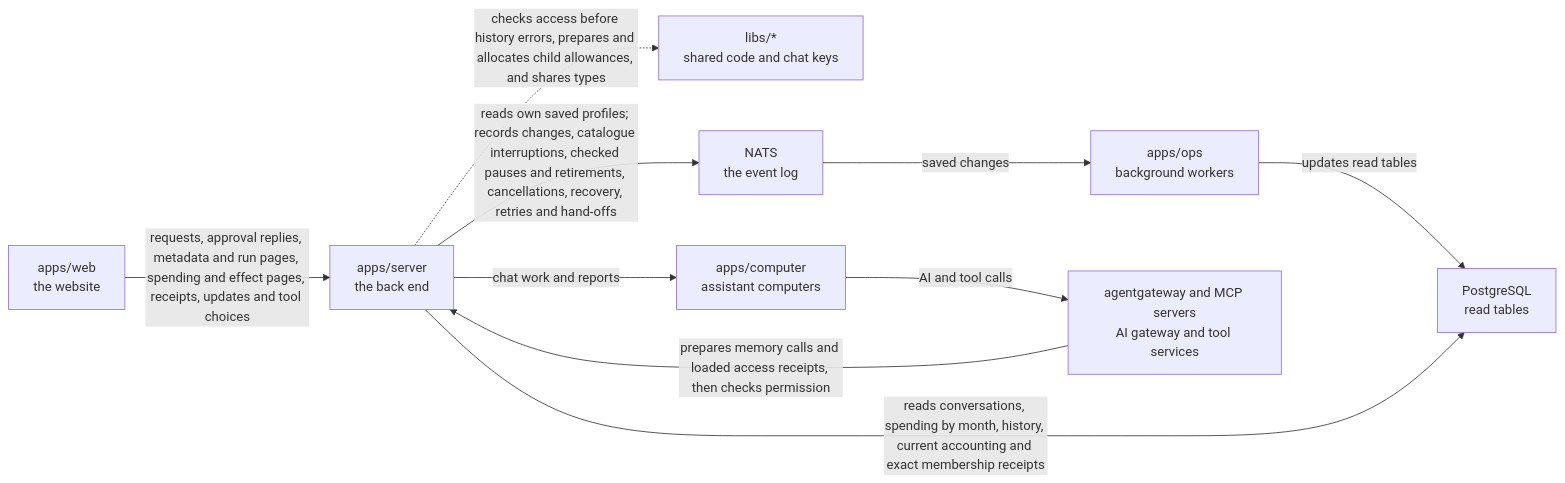
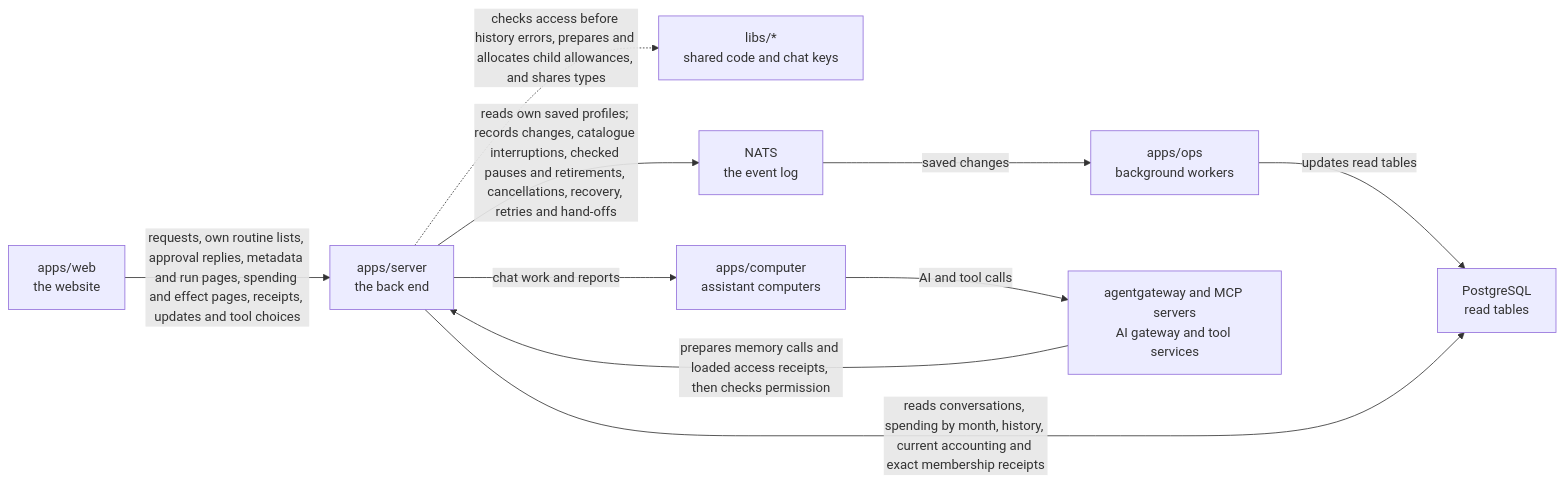
Before and after one commit to elewa-git/opencrane-new: the diagram in apps/server/README.md, drawn with Mermaid. The commit also changed other lines of this file and 8 other files, not shown here.

Commit message:
📖 Read bounded pages of your own routines

````diff
--- a/apps/server/README.md
+++ b/apps/server/README.md
@@ -61,12 +61,12 @@
 ```mermaid
 flowchart LR
-  web["apps/web<br/>the website"] -->|requests, approval replies, metadata and run pages, spending and effect pages, receipts, updates and tool choices| server["apps/server<br/>the back end"]
+  web["apps/web<br/>the website"] -->|requests, own routine lists, approval replies, metadata and run pages, spending and effect pages, receipts, updates and tool choices| server["apps/server<br/>the back end"]
   server -.->|checks access before history errors, prepares and allocates child allowances, and shares types| libs["libs/*<br/>shared code and chat keys"]
   server -->|reads own saved profiles; records changes, catalogue interruptions, checked pauses and retirements, cancellations, recovery, retries and hand-offs| nats["NATS<br/>the event log"]
   nats -->|saved changes| ops["apps/ops<br/>background workers"]
   ops -->|updates read tables| postgres["PostgreSQL<br/>read tables"]
   server -->|reads conversations, spending by month, history, current accounting and exact membership receipts| postgres
   server -->|chat work and reports| computer["apps/computer<br/>assistant computers"]
   computer -->|AI and tool calls| runtime["agentgateway and MCP servers<br/>AI gateway and tool services"]
   runtime -->|prepares memory calls and loaded access receipts, then checks permission| server
 ```
````
